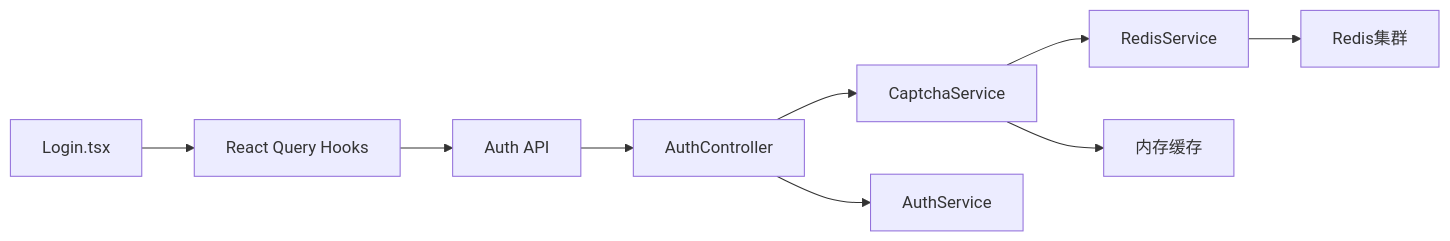
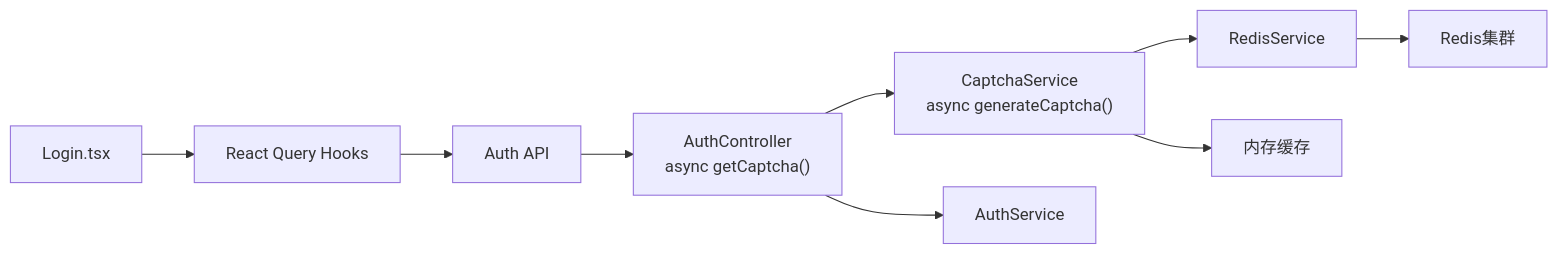
One commit to translateServers/nodes-stack changed the eighth of 8 diagrams in .qoder/repowiki/zh/content/后端系统/认证授权系统/验证码系统.md. Above: the diagram before and after it, drawn with Mermaid. The commit also changed other lines of this file and 5 other files, not shown here.

````diff
--- a/.qoder/repowiki/zh/content/后端系统/认证授权系统/验证码系统.md
+++ b/.qoder/repowiki/zh/content/后端系统/认证授权系统/验证码系统.md
@@ -327,11 +330,11 @@
 ```mermaid
 graph LR
-AC["AuthController"] --> CS["CaptchaService"]
+AC["AuthController<br/>async getCaptcha()"] --> CS["CaptchaService<br/>async generateCaptcha()"]
 AC --> AS["AuthService"]
 CS --> RS["RedisService"]
 RS --> RC["Redis集群"]
 CS --> MC["内存缓存"]
 LP["Login.tsx"] --> Hooks["React Query Hooks"]
 Hooks --> API["Auth API"]
 API --> AC
 ```
````
